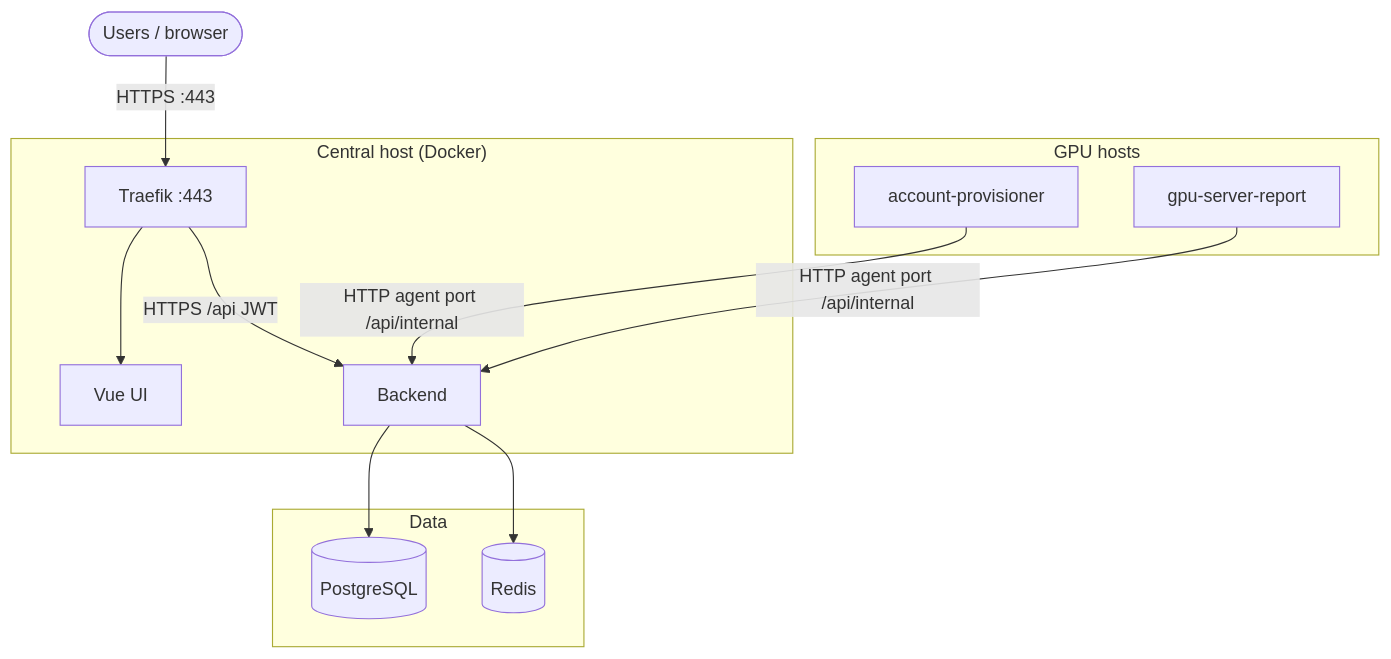
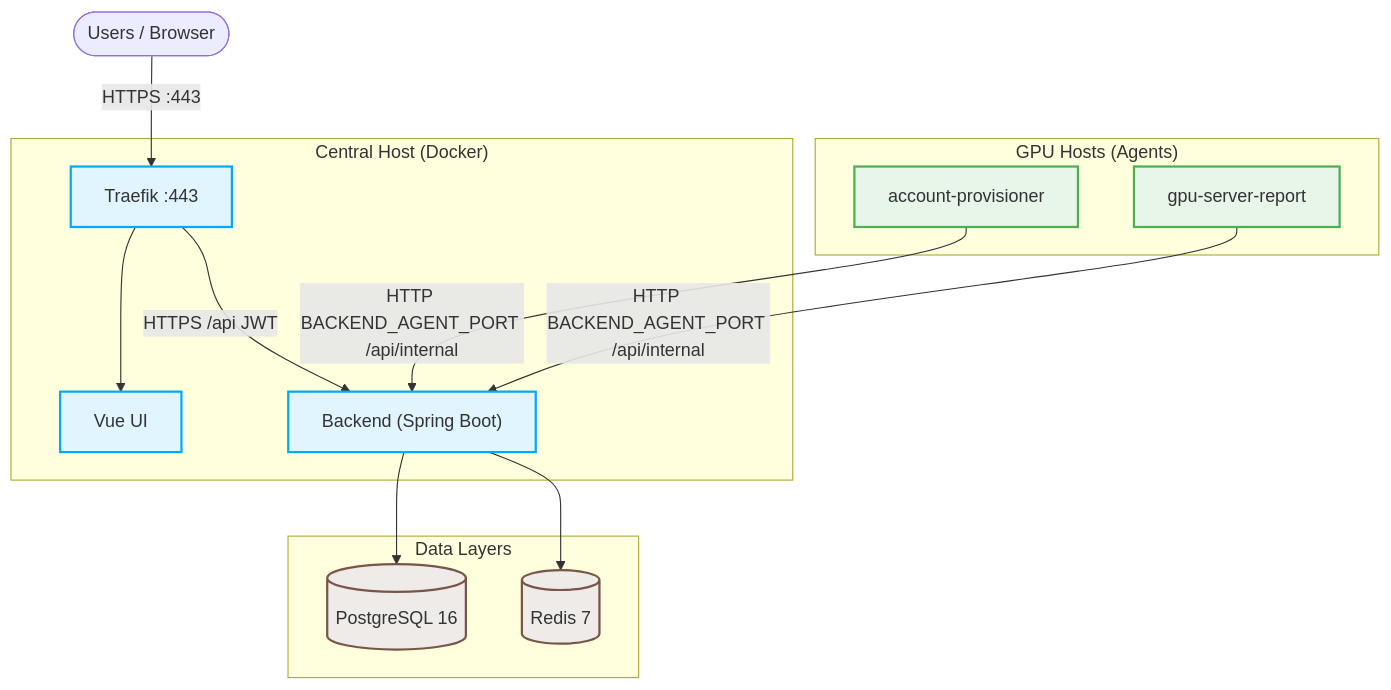
Before and after one commit to zeroDtree/server-manager: the diagram in README.md, drawn with Mermaid. The commit also changed other lines of this file and 1 other file, not shown here.

Commit message:
Update README files to enhance structure and clarity for GPU Server Access Dashboard. Add language options, improve quick links, and refine security guidelines. Update content formatting and include additional technology badges for better visibility.

````diff
--- a/README.md
+++ b/README.md
@@ -37,28 +50,35 @@
 ```mermaid
 flowchart TB
-  Browser(["Users / browser"])
+  Browser(["Users / Browser"])
 
-  subgraph central ["Central host (Docker)"]
+  subgraph central ["Central Host (Docker)"]
     Traefik["Traefik :443"]
     UI["Vue UI"]
-    Backend["Backend"]
+    Backend["Backend (Spring Boot)"]
     Traefik --> UI
     Traefik -->|"HTTPS /api JWT"| Backend
   end
 
-  subgraph data ["Data"]
-    PG[(PostgreSQL)]
-    RD[(Redis)]
+  subgraph data ["Data Layers"]
+    PG[("PostgreSQL 16")]
+    RD[("Redis 7")]
   end
 
-  subgraph agents ["GPU hosts"]
-    Prov[account-provisioner]
-    Rep[gpu-server-report]
+  subgraph agents ["GPU Hosts (Agents)"]
+    Prov["account-provisioner"]
+    Rep["gpu-server-report"]
   end
 
   Browser -->|"HTTPS :443"| Traefik
   Backend --> PG
   Backend --> RD
-  Prov -->|"HTTP agent port /api/internal"| Backend
-  Rep -->|"HTTP agent port /api/internal"| Backend
+  Prov -->|"HTTP BACKEND_AGENT_PORT /api/internal"| Backend
+  Rep -->|"HTTP BACKEND_AGENT_PORT /api/internal"| Backend
+
+  classDef central fill:#e1f5fe,stroke:#03a9f4,stroke-width:2px
+  classDef data fill:#efebe9,stroke:#795548,stroke-width:2px
+  classDef agents fill:#e8f5e9,stroke:#4caf50,stroke-width:2px
+  class Traefik,UI,Backend central
+  class PG,RD data
+  class Prov,Rep agents
 ```
````
